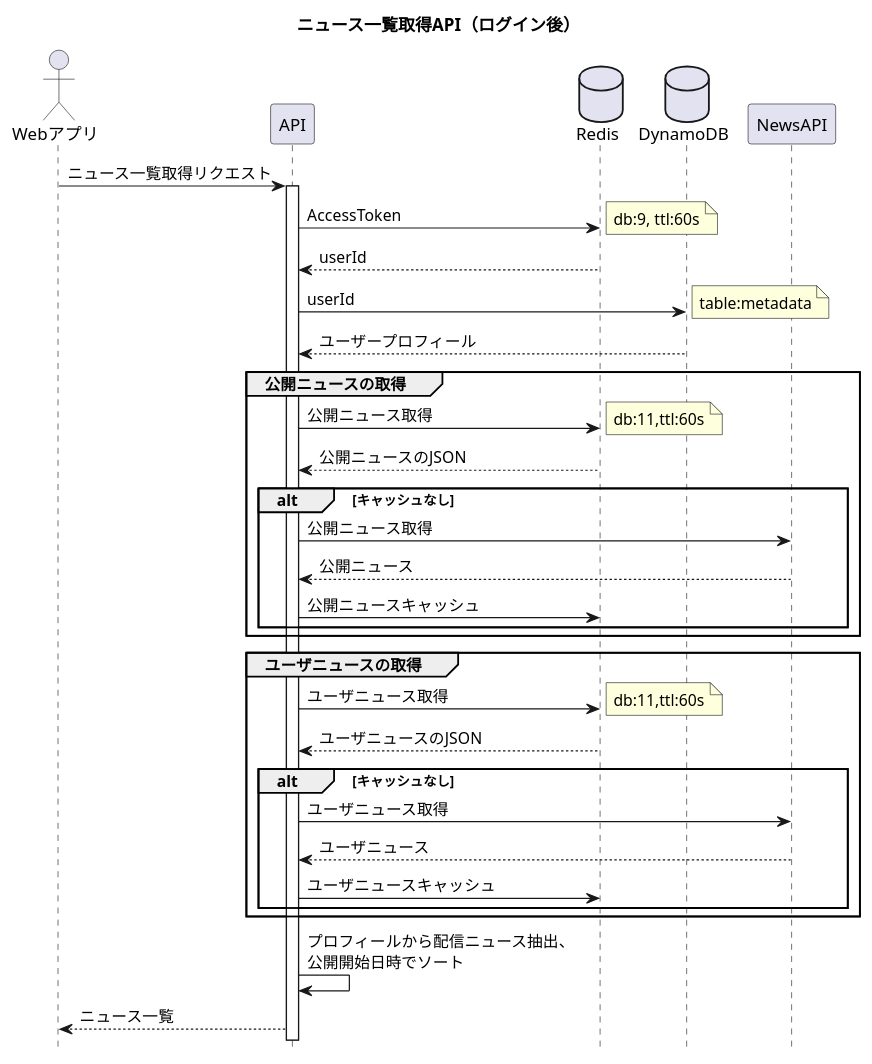
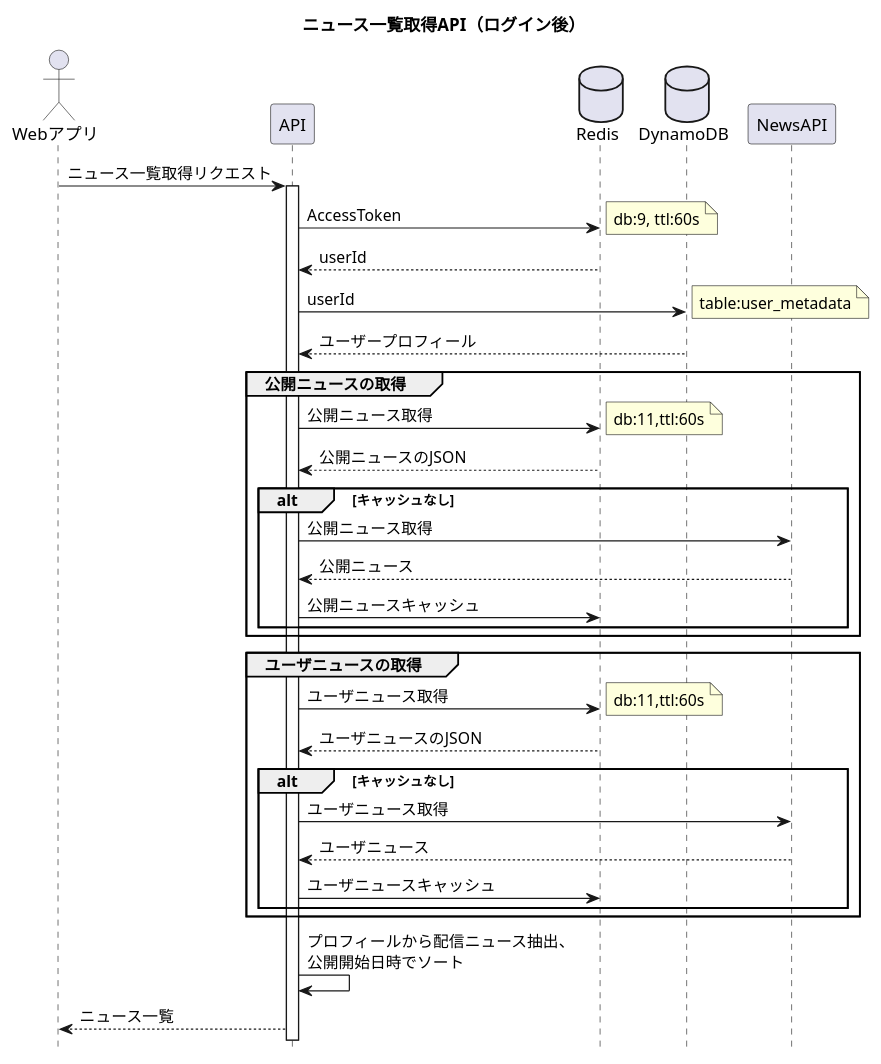
The diagram in docs/data/list-after-login.pu (cm-wada-yusuke/angular-tutorial), drawn with PlantUML before and after one commit.

Commit message:
metadata -> user_metadata

```diff
--- a/docs/data/list-after-login.pu
+++ b/docs/data/list-after-login.pu
@@ -1,67 +1,67 @@
 @startuml{news-after-login.png}
 '画像変換するときにここで指定したファイル名になる。
 
 title ニュース一覧取得API（ログイン後）
 
 hide footbox
 'シーケンスの縦線の下部にシーケンスボックスを出すかどうか指定する。よほど長いものでない限りいらないだろう
 
 actor Webアプリ as user
 'actorにすると人っぽい見かけになる
 
 participant API as api
 'participantにすると四角になる
 
 database Redis as redis
 'databaseにするとストレージっぽい見かけになる
 
 database DynamoDB as dynamo
 'as の左部が表示名、右部が変数名
 
 participant NewsAPI as news
 
 user -> api : ニュース一覧取得リクエスト
 ' -> 同期メッセージという意味になる。
 
 activate api
 ' オブジェクト生成的な意味合いになる。
 
 api -> redis : AccessToken
 note right : db:9, ttl:60s
 redis --> api : userId
 api -> dynamo : userId
-note right : table:metadata
+note right : table:user_metadata
 '矢印の右側にコメントボックスを表示してそこにコメントを表示する、という意味
 
 dynamo --> api : ユーザープロフィール
 
 group 公開ニュースの取得
 '区切りがわかりにくくなってしまう場合はgroup - endで囲うとよい
 
 api -> redis  : 公開ニュース取得
 note right : db:11,ttl:60s
 redis --> api : 公開ニュースのJSON
 
 alt キャッシュなし
 '分岐を表現したいときは分岐ケースをalt - endで囲う
 
 api -> news : 公開ニュース取得
 news --> api : 公開ニュース
 api -> redis : 公開ニュースキャッシュ
 end
 end
 
 group ユーザニュースの取得
 api -> redis  : ユーザニュース取得
 note right : db:11,ttl:60s
 redis --> api : ユーザニュースのJSON
 alt キャッシュなし
 api -> news : ユーザニュース取得
 news --> api : ユーザニュース
 api -> redis : ユーザニュースキャッシュ
 end
 end
 api -> api : プロフィールから配信ニュース抽出、\n公開開始日時でソート
 api --> user : ニュース一覧
 
 @enduml
```
